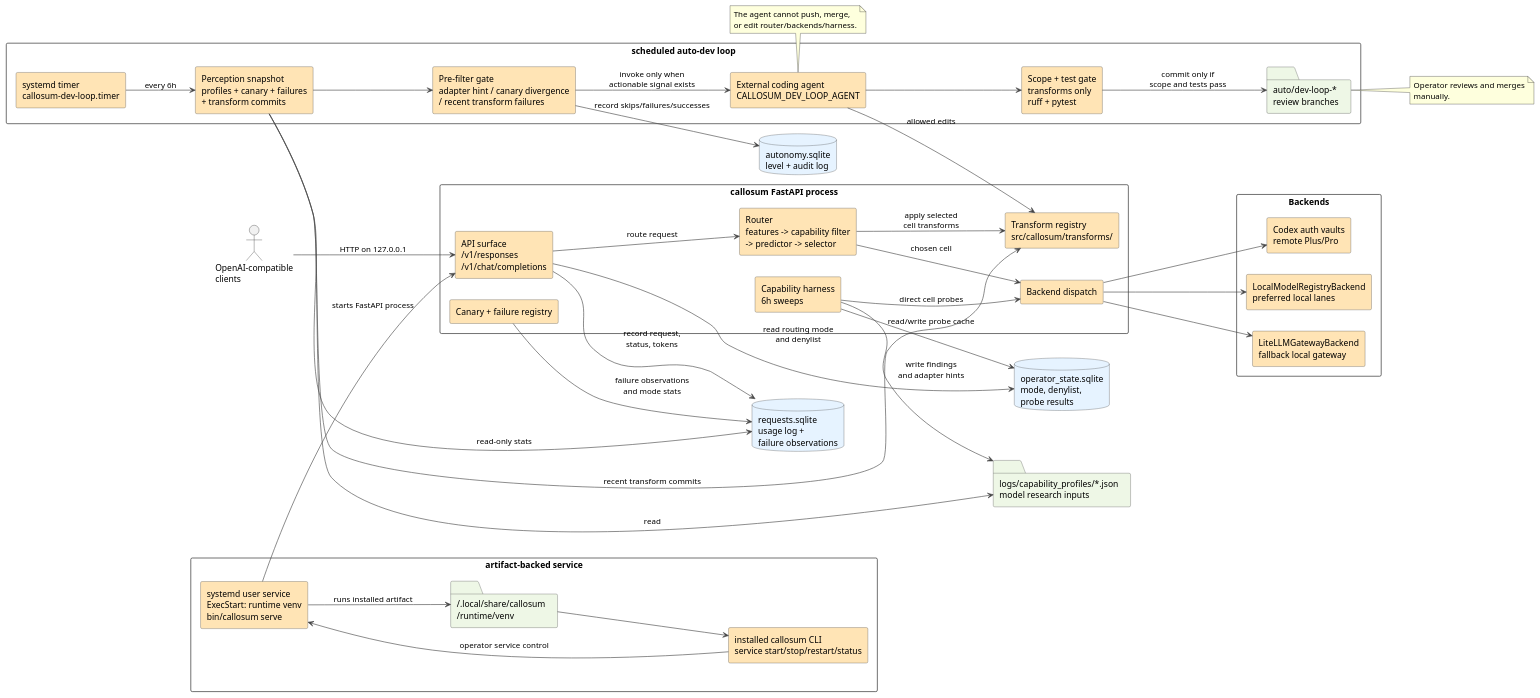
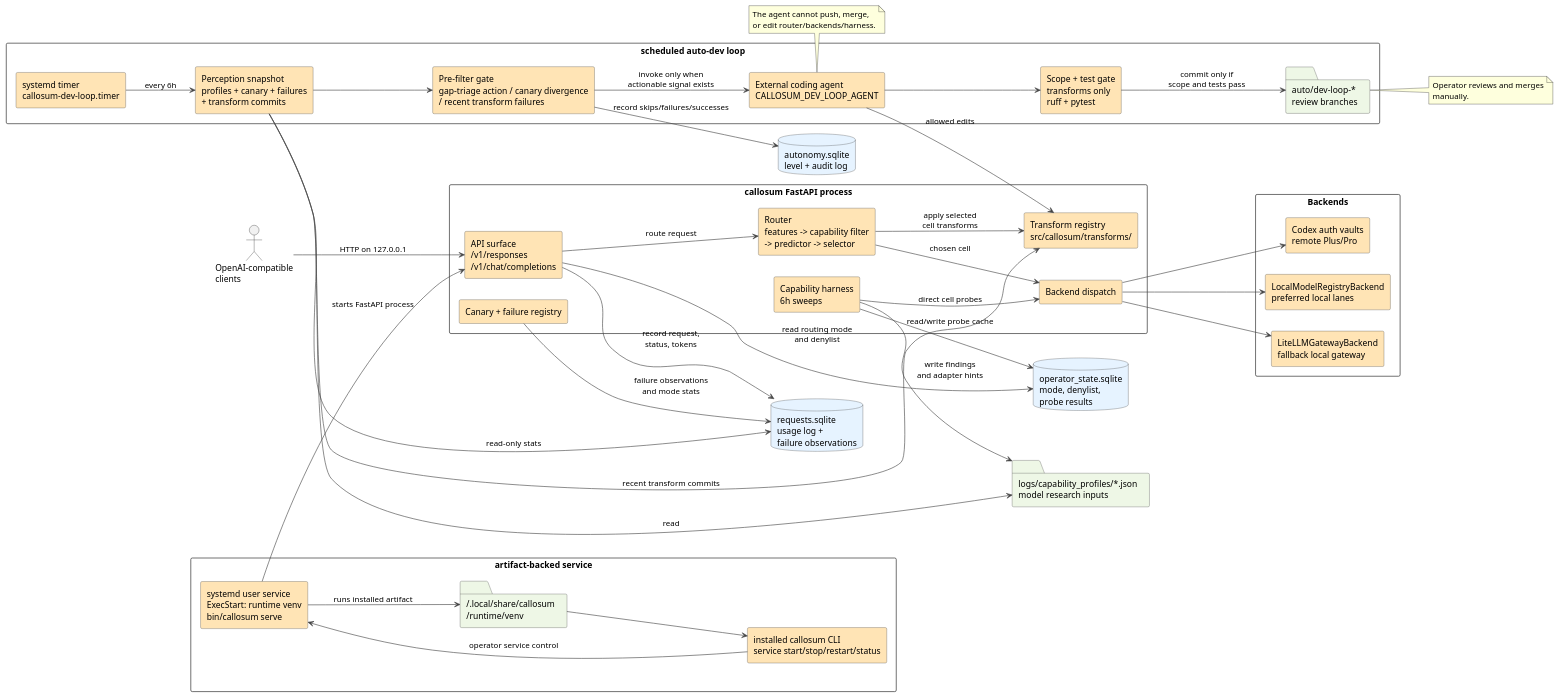
One commit to rohankhanna/callosum changed the diagram in docs/architecture/runtime_topology.puml. Above: the diagram before and after it, drawn with PlantUML.

Commit message:
docs(architecture): refresh stale pre-filter gate label in runtime_topology.puml
The Pre-filter gate component label said 'adapter hint / canary
divergence / recent transform failures'. The 'adapter hint' phrase is
stale: the pre-P3 reflex keyed off a raw adapter_hint, but the gate now
keys off the gap-triage classifier action
(src/callosum/gap_triage.py classify_gap -> ContractAction). The other
two signals (canary divergence, recent transform failures) are still
accurate per src/callosum/dev_loop/pre_filter.py, so only the first
phrase is refreshed to 'gap-triage action'.

.puml is the authoritative diff-friendly source form. The rendered
.svg/.png are stale until regenerated, but Java is not on PATH (the
plantuml render path is dotfiles-owned), so regen is deferred to the
operator — the source edit is the autonomous-correct deliverable.

```diff
--- a/docs/architecture/runtime_topology.puml
+++ b/docs/architecture/runtime_topology.puml
@@ -1,97 +1,97 @@
 @startuml runtime_topology
 ' Callosum runtime topology — process/module view plus the self-observation
 ' and dev-loop path that can produce transform-only review branches.
 
 skinparam backgroundColor #FFFFFF
 skinparam defaultFontName "Helvetica"
 skinparam shadowing false
 skinparam componentStyle rectangle
 skinparam packageStyle rectangle
 skinparam ArrowColor #444444
 skinparam ComponentBorderColor #444444
 skinparam ComponentBackgroundColor #FFE4B5
 skinparam DatabaseBorderColor #444444
 skinparam DatabaseBackgroundColor #E6F3FF
 skinparam FolderBorderColor #444444
 skinparam FolderBackgroundColor #EEF7E6
 
 left to right direction
 
 actor "OpenAI-compatible\nclients" as Clients
 
 package "artifact-backed service" as ServiceRuntime {
   component "systemd user service\nExecStart: runtime venv\nbin/callosum serve" as ServiceUnit
   folder "~/.local/share/callosum\n/runtime/venv" as RuntimeVenv
   component "installed callosum CLI\nservice start/stop/restart/status" as RuntimeCli
 }
 
 package "callosum FastAPI process" as Proxy {
   component "API surface\n/v1/responses\n/v1/chat/completions" as API
   component "Router\nfeatures -> capability filter\n-> predictor -> selector" as Router
   component "Transform registry\nsrc/callosum/transforms/" as Transforms
   component "Backend dispatch" as Dispatch
   component "Capability harness\n6h sweeps" as Harness
   component "Canary + failure registry" as Canary
 }
 
 package "Backends" as Backends {
   component "Codex auth vaults\nremote Plus/Pro" as Codex
   component "LocalModelRegistryBackend\npreferred local lanes" as Local
   component "LiteLLMGatewayBackend\nfallback local gateway" as LiteLLM
 }
 
 database "operator_state.sqlite\nmode, denylist,\nprobe results" as OperatorState
 database "requests.sqlite\nusage log +\nfailure observations" as UsageLog
 folder "logs/capability_profiles/*.json\nmodel research inputs" as Profiles
 database "autonomy.sqlite\nlevel + audit log" as Autonomy
 
 package "scheduled auto-dev loop" as AutoDev {
   component "systemd timer\ncallosum-dev-loop.timer" as Timer
   component "Perception snapshot\nprofiles + canary + failures\n+ transform commits" as Perception
-  component "Pre-filter gate\nadapter hint / canary divergence\n/ recent transform failures" as Gate
+  component "Pre-filter gate\ngap-triage action / canary divergence\n/ recent transform failures" as Gate
   component "External coding agent\nCALLOSUM_DEV_LOOP_AGENT" as Agent
   component "Scope + test gate\ntransforms only\nruff + pytest" as Verify
   folder "auto/dev-loop-*\nreview branches" as Branches
 }
 
 Clients --> API : HTTP on 127.0.0.1
 ServiceUnit --> RuntimeVenv : runs installed artifact
 RuntimeVenv --> RuntimeCli
 RuntimeCli --> ServiceUnit : operator service control
 ServiceUnit --> API : starts FastAPI process
 API --> OperatorState : read routing mode\nand denylist
 API --> Router : route request
 Router --> Transforms : apply selected\ncell transforms
 Router --> Dispatch : chosen cell
 Dispatch --> Codex
 Dispatch --> Local
 Dispatch --> LiteLLM
 API --> UsageLog : record request,\nstatus, tokens
 
 Harness --> Dispatch : direct cell probes
 Harness --> OperatorState : read/write probe cache
 Harness --> Profiles : write findings\nand adapter hints
 Canary --> UsageLog : failure observations\nand mode stats
 
 Timer --> Perception : every 6h
 Perception --> Profiles : read
 Perception --> UsageLog : read-only stats
 Perception --> Transforms : recent transform commits
 Perception --> Gate
 Gate --> Autonomy : record skips/failures/successes
 Gate --> Agent : invoke only when\nactionable signal exists
 Agent --> Transforms : allowed edits
 Agent --> Verify
 Verify --> Branches : commit only if\nscope and tests pass
 
 note bottom of Agent
   The agent cannot push, merge,
   or edit router/backends/harness.
 end note
 
 note right of Branches
   Operator reviews and merges
   manually.
 end note
 
 @enduml
```
